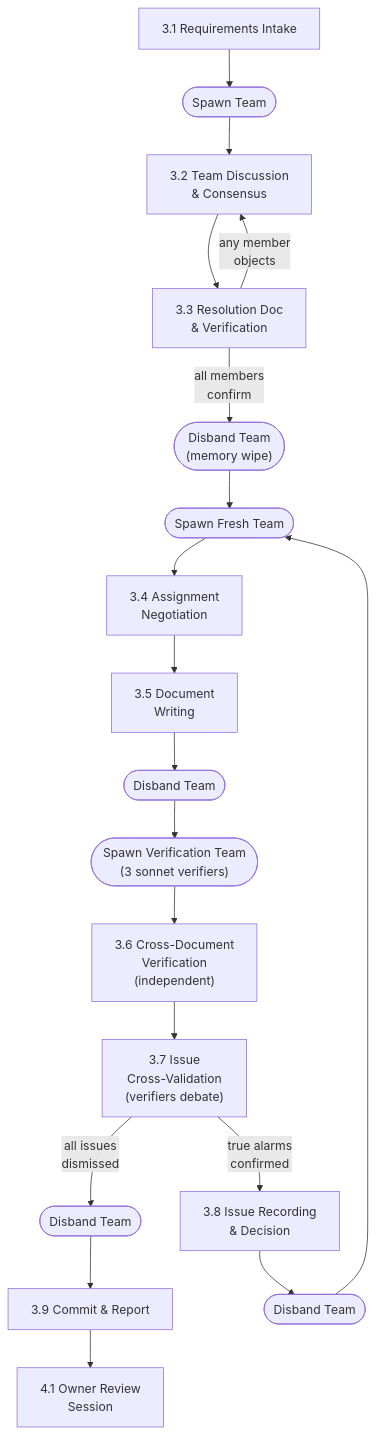
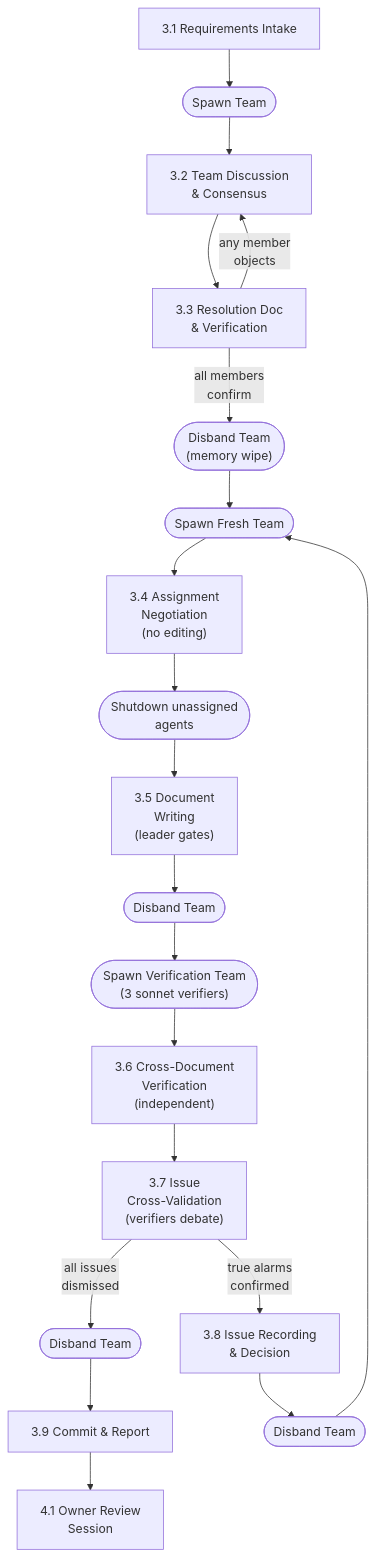
The second of 3 diagrams in docs/work-styles/03-design-workflow.md (powdream-org/it-shell3), drawn with Mermaid before and after one commit. The commit also changed other lines of this file and 1 other file, not shown here.

First line of the commit message:
docs(work-styles): gate document writing behind negotiation completion

````diff
--- a/docs/work-styles/03-design-workflow.md
+++ b/docs/work-styles/03-design-workflow.md
@@ -68,21 +68,22 @@
 ```mermaid
 graph TD
     A["3.1 Requirements Intake"] --> spawn1(["Spawn Team"])
     spawn1 --> B["3.2 Team Discussion<br/>& Consensus"]
     B --> C["3.3 Resolution Doc<br/>& Verification"]
     C -- "any member<br/>objects" --> B
     C -- "all members<br/>confirm" --> disband1(["Disband Team<br/>(memory wipe)"])
     disband1 --> spawn2(["Spawn Fresh Team"])
-    spawn2 --> D1["3.4 Assignment<br/>Negotiation"]
-    D1 --> D2["3.5 Document<br/>Writing"]
+    spawn2 --> D1["3.4 Assignment<br/>Negotiation<br/>(no editing)"]
+    D1 --> shutdown_unassigned(["Shutdown unassigned<br/>agents"])
+    shutdown_unassigned --> D2["3.5 Document<br/>Writing<br/>(leader gates)"]
     D2 --> disband2(["Disband Team"])
     disband2 --> spawn3(["Spawn Verification Team<br/>(3 sonnet verifiers)"])
     spawn3 --> E["3.6 Cross-Document<br/>Verification<br/>(independent)"]
     E --> F["3.7 Issue<br/>Cross-Validation<br/>(verifiers debate)"]
     F -- "all issues<br/>dismissed" --> disband4(["Disband Team"])
     F -- "true alarms<br/>confirmed" --> G["3.8 Issue Recording<br/>& Decision"]
     G --> disband3(["Disband Team"])
     disband3 --> spawn2
     disband4 --> H["3.9 Commit & Report"]
     H --> I["4.1 Owner Review<br/>Session"]
 ```
````
